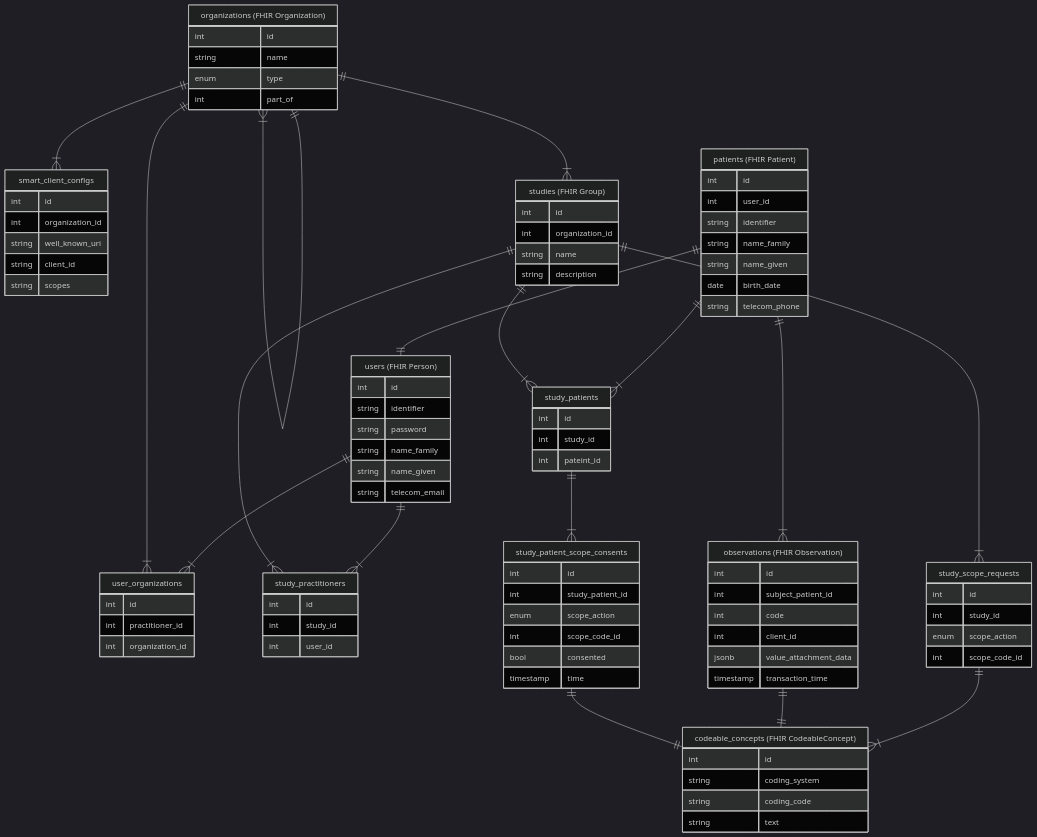
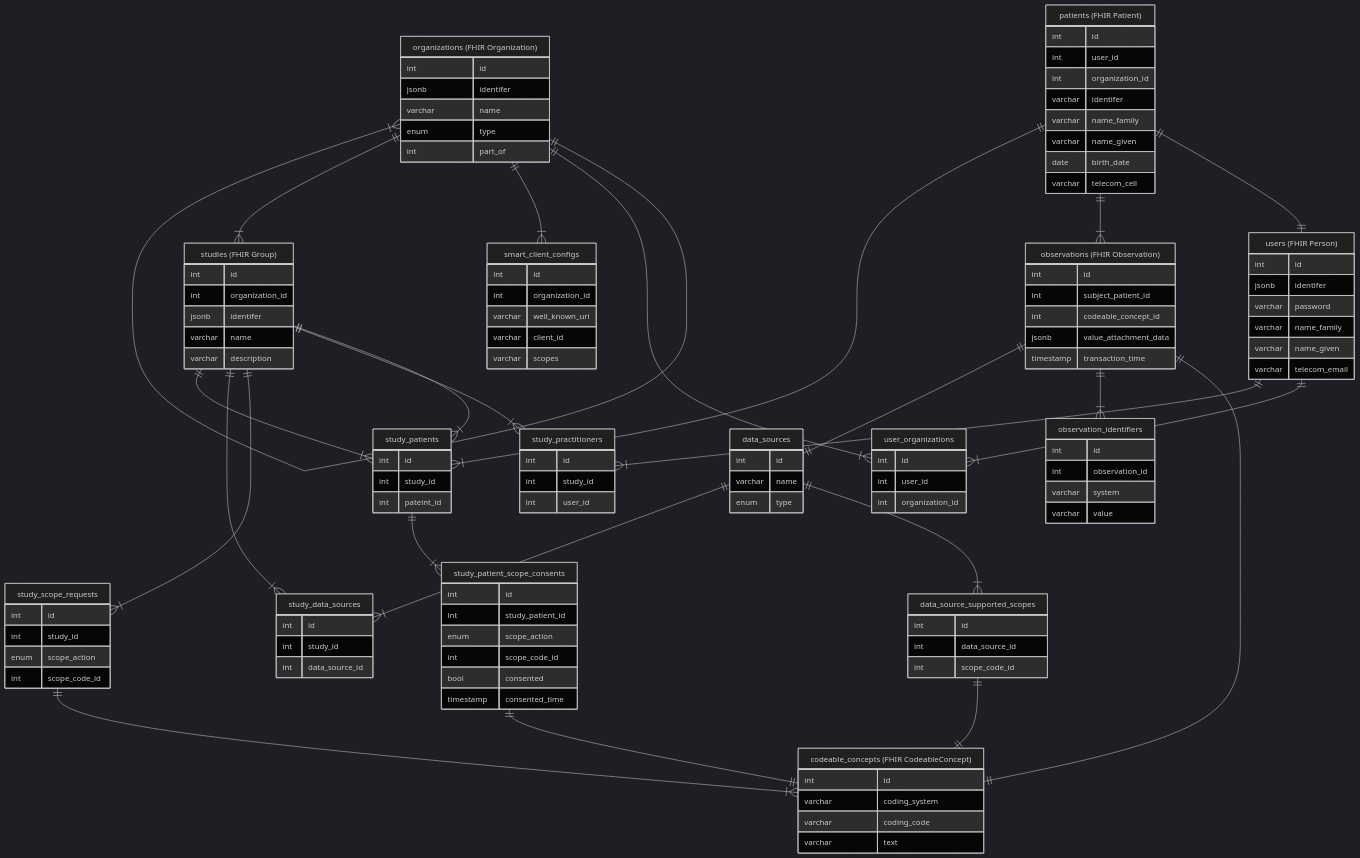
One commit to the-commons-project/jupyterhealth-exchange changed the diagram in README.md. Above: the diagram before and after it, drawn with Mermaid (dark theme). The commit also changed other lines of this file and 4 other files, not shown here.

````diff
--- a/README.md
+++ b/README.md
@@ -386,11 +386,11 @@
     "users (FHIR Person)" ||--|{ "study_practitioners": ""
     "users (FHIR Person)" {
         int id
-        string identifier
-        string password
-        string name_family
-        string name_given
-        string telecom_email
+        jsonb identifer
+        varchar password
+        varchar name_family
+        varchar name_given
+        varchar telecom_email
     }
     "organizations (FHIR Organization)" ||--|{ "organizations (FHIR Organization)": ""
     "organizations (FHIR Organization)" ||--|{ "user_organizations": ""
@@ -398,20 +398,21 @@
     "organizations (FHIR Organization)" ||--|{ "studies (FHIR Group)": ""
     "organizations (FHIR Organization)" {
         int id
-        string name
+        jsonb identifer
+        varchar name
         enum type
         int part_of
     }
     "smart_client_configs" {
         int id
         int organization_id
-        string well_known_uri
-        string client_id
-        string scopes
+        varchar well_known_uri
+        varchar client_id
+        varchar scopes
     }
     "user_organizations" {
         int id
-        int practitioner_id
+        int user_id
         int organization_id
     }
     "patients (FHIR Patient)" ||--|| "users (FHIR Person)": ""
@@ -420,20 +421,23 @@
     "patients (FHIR Patient)" {
         int id
         int user_id
-        string identifier
-        string name_family
-        string name_given
+        int organization_id
+        varchar identifer
+        varchar name_family
+        varchar name_given
         date   birth_date
-        string telecom_phone
+        varchar telecom_cell
     }
     "studies (FHIR Group)" ||--|{ "study_patients": ""
     "studies (FHIR Group)" ||--|{ "study_practitioners": ""
     "studies (FHIR Group)" ||--|{ "study_scope_requests": ""
+    "studies (FHIR Group)" ||--|{ "study_data_sources": ""
     "studies (FHIR Group)" {
         int id
         int organization_id
-        string name
-        string description
+        jsonb identifer
+        varchar name
+        varchar description
     }
     "study_patients" ||--|{ "study_patient_scope_consents": ""
     "study_patients" {
@@ -456,19 +460,29 @@
     }
     
     "observations (FHIR Observation)" ||--|| "codeable_concepts (FHIR CodeableConcept)": ""
+    "observations (FHIR Observation)" ||--|{ "observation_identifiers": ""
+    "observations (FHIR Observation)" ||--|| "data_sources": ""
     "observations (FHIR Observation)" {
         int id
         int subject_patient_id
-        int code
-        int client_id
+        int codeable_concept_id
         jsonb value_attachment_data
         timestamp transaction_time
     }
+
+    "observation_identifiers" {
+        int id
+        int observation_id
+        varchar system
+        varchar value
+    }
+    
+    "studies (FHIR Group)" ||--|{ "study_patients": ""
     "codeable_concepts (FHIR CodeableConcept)" {
         int id
-        string coding_system
-        string coding_code
-        string text
+        varchar coding_system
+        varchar coding_code
+        varchar text
     }
     "study_patient_scope_consents" ||--|| "codeable_concepts (FHIR CodeableConcept)": ""
     "study_patient_scope_consents" {
@@ -477,6 +491,24 @@
         enum scope_action
         int scope_code_id
         bool consented
-        timestamp time
+        timestamp consented_time       
+    }
+    "data_sources" ||--|{ "data_source_supported_scopes": ""
+    "data_sources" ||--|{ "study_data_sources": ""
+    "data_sources" {
+        int id
+        varchar name
+        enum type
+    }
+    "data_source_supported_scopes" ||--|| "codeable_concepts (FHIR CodeableConcept)": ""
+    "data_source_supported_scopes" {
+        int id
+        int data_source_id
+        int scope_code_id
+    }
+    "study_data_sources" {
+        int id
+        int study_id
+        int data_source_id
     }
 ```
````
